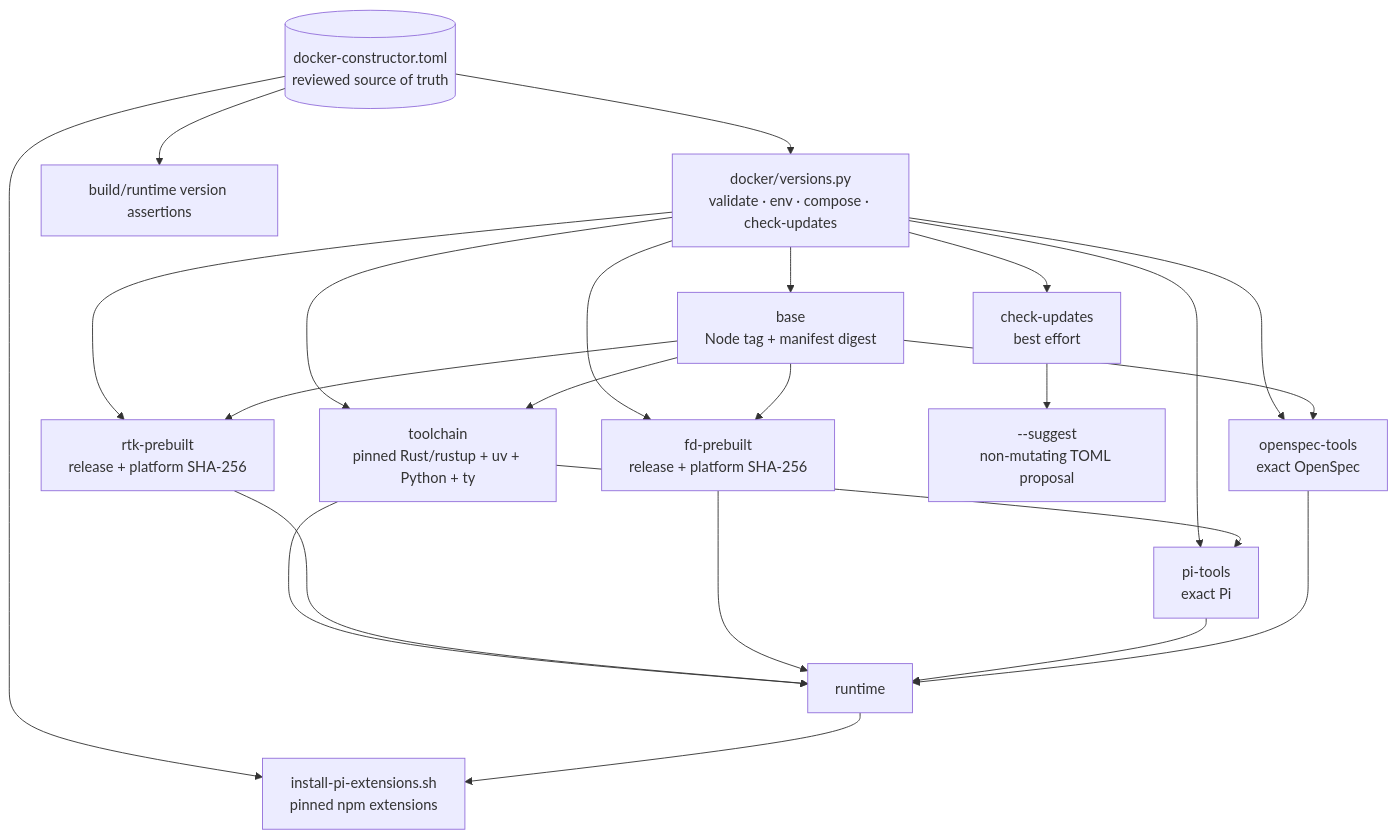
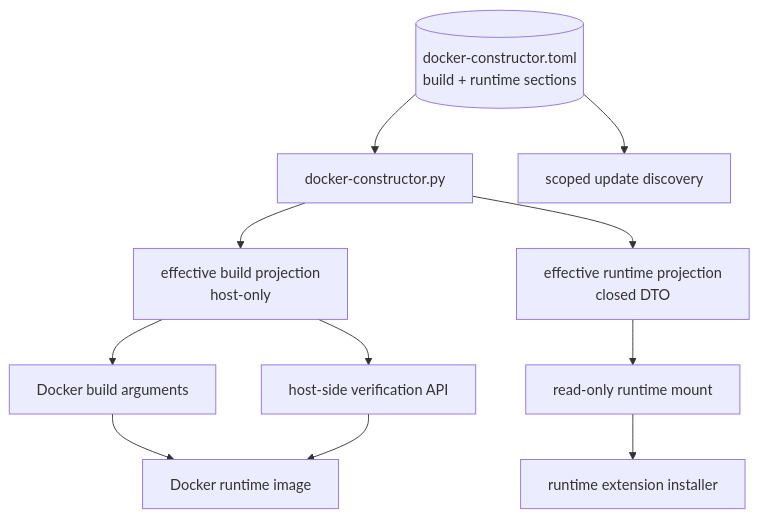
Before and after one commit to alexvas/claude-cli-setup: the first of 2 diagrams in openspec/specs/docker-build-reproducibility/spec.md, drawn with Mermaid. The commit also changed other lines of this file and 44 other files, not shown here.

````diff
--- a/openspec/specs/docker-build-reproducibility/spec.md
+++ b/openspec/specs/docker-build-reproducibility/spec.md
@@ -13,25 +13,13 @@
 ```mermaid
 graph TD
-    INV[(docker-constructor.toml<br/>reviewed source of truth)] --> CLI[docker/versions.py<br/>validate · env · compose · check-updates]
-    CLI --> B[base<br/>Node tag + manifest digest]
-    CLI --> T[toolchain<br/>pinned Rust/rustup + uv + Python + ty]
-    CLI --> R[rtk-prebuilt<br/>release + platform SHA-256]
-    CLI --> F[fd-prebuilt<br/>release + platform SHA-256]
-    CLI --> P[pi-tools<br/>exact Pi]
-    CLI --> O[openspec-tools<br/>exact OpenSpec]
-    INV --> E[install-pi-extensions.sh<br/>pinned npm extensions]
-    INV --> Q[build/runtime version assertions]
-    CLI --> U[check-updates<br/>best effort]
-    U --> SG[--suggest<br/>non-mutating TOML proposal]
-    B --> T
-    B --> R
-    B --> F
-    T --> P
-    B --> O
-    T --> RT[runtime]
-    R --> RT
-    F --> RT
-    P --> RT
-    O --> RT
-    RT --> E
+    INV[(docker-constructor.toml<br/>build + runtime sections)] --> CLI[docker-constructor.py]
+    CLI --> BP[effective build projection<br/>host-only]
+    BP --> BUILD[Docker build arguments]
+    BUILD --> IMG[Docker runtime image]
+    BP --> VERIFY[host-side verification API]
+    VERIFY --> IMG
+    CLI --> RP[effective runtime projection<br/>closed DTO]
+    RP --> RUN[read-only runtime mount]
+    RUN --> INSTALL[runtime extension installer]
+    INV --> UPDATES[scoped update discovery]
 ```
````
